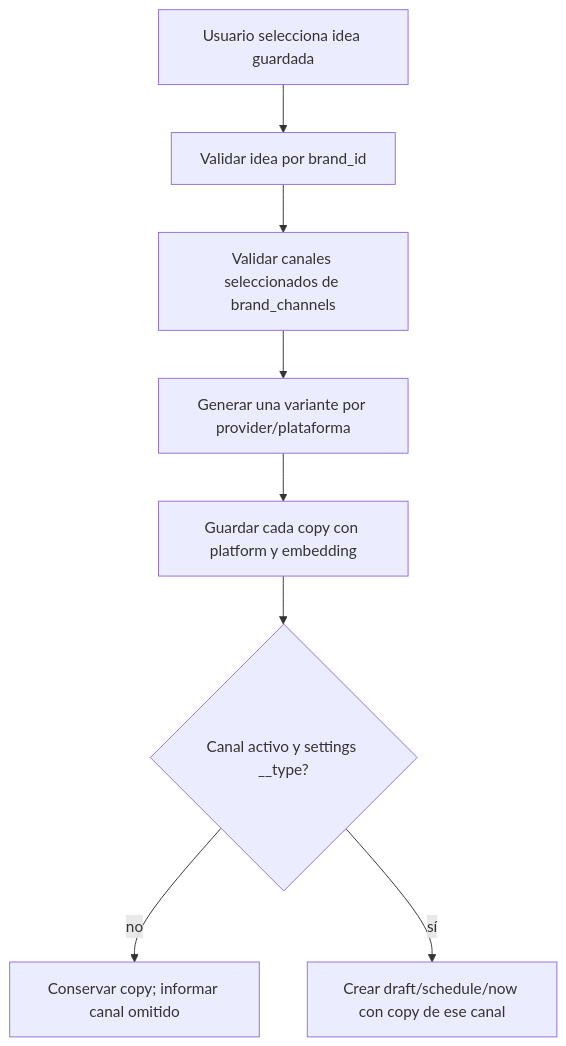
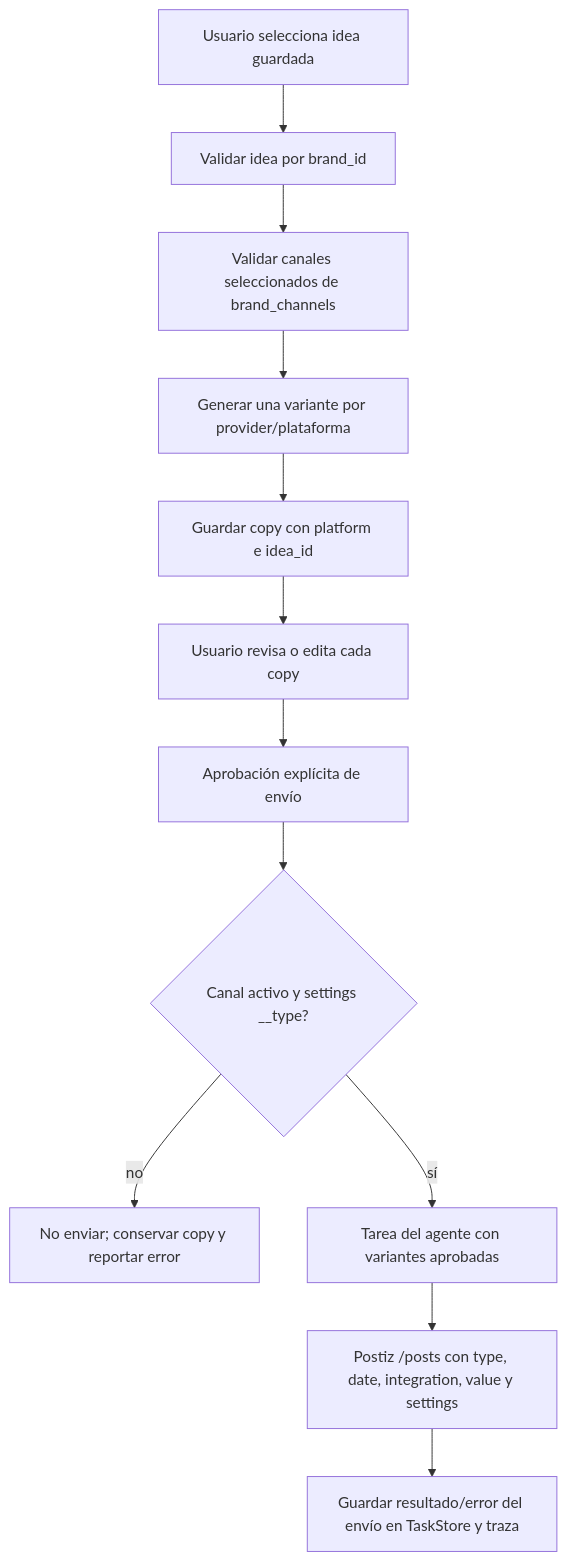
One commit to ITY-sas/mas changed the fifth of 5 diagrams in docs/DATOS.md. Above: the diagram before and after it, drawn with Mermaid. The commit also changed other lines of this file and 3 other files, not shown here.

````diff
--- a/docs/DATOS.md
+++ b/docs/DATOS.md
@@ -242,10 +242,14 @@
 ```mermaid
 flowchart TD
     U[Usuario selecciona idea guardada] --> IV[Validar idea por brand_id]
     IV --> C[Validar canales seleccionados de brand_channels]
     C --> P[Generar una variante por provider/plataforma]
-    P --> S[Guardar cada copy con platform y embedding]
-    S --> V{Canal activo y settings __type?}
-    V -- no --> X[Conservar copy; informar canal omitido]
-    V -- sí --> Z[Crear draft/schedule/now con copy de ese canal]
+    P --> S[Guardar copy con platform e idea_id]
+    S --> R[Usuario revisa o edita cada copy]
+    R --> A[Aprobación explícita de envío]
+    A --> V{Canal activo y settings __type?}
+    V -- no --> X[No enviar; conservar copy y reportar error]
+    V -- sí --> D[Tarea del agente con variantes aprobadas]
+    D --> Z[Postiz /posts con type, date, integration, value y settings]
+    Z --> T[Guardar resultado/error del envío en TaskStore y traza]
 ```
````
